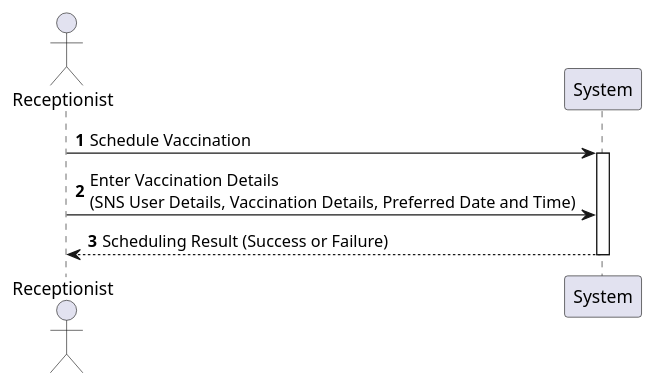
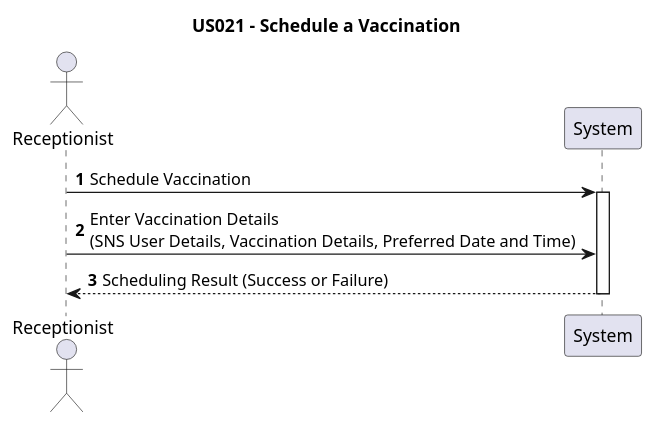
Before and after one commit to tbarracha/upskill-pds-software-development-project-Tiago: the diagram in src/doc/global/User Stories/US021/US021.puml, drawn with PlantUML. The commit also changed 12 other files, not shown here.

```diff
--- a/src/doc/global/User Stories/US021/US021.puml
+++ b/src/doc/global/User Stories/US021/US021.puml
@@ -1,15 +1,16 @@
 @startuml
+title US021 - Schedule a Vaccination
 autonumber
 actor Receptionist as Reception
 
 Reception -> System: Schedule Vaccination
 activate System
 
 ' Receptionist provides details for the vaccination scheduling
 Reception -> System: Enter Vaccination Details\n(SNS User Details, Vaccination Details, Preferred Date and Time)
 
 ' System processes the request and confirms the vaccination scheduling
 System --> Reception: Scheduling Result (Success or Failure)
 
 deactivate System
 @enduml
```
